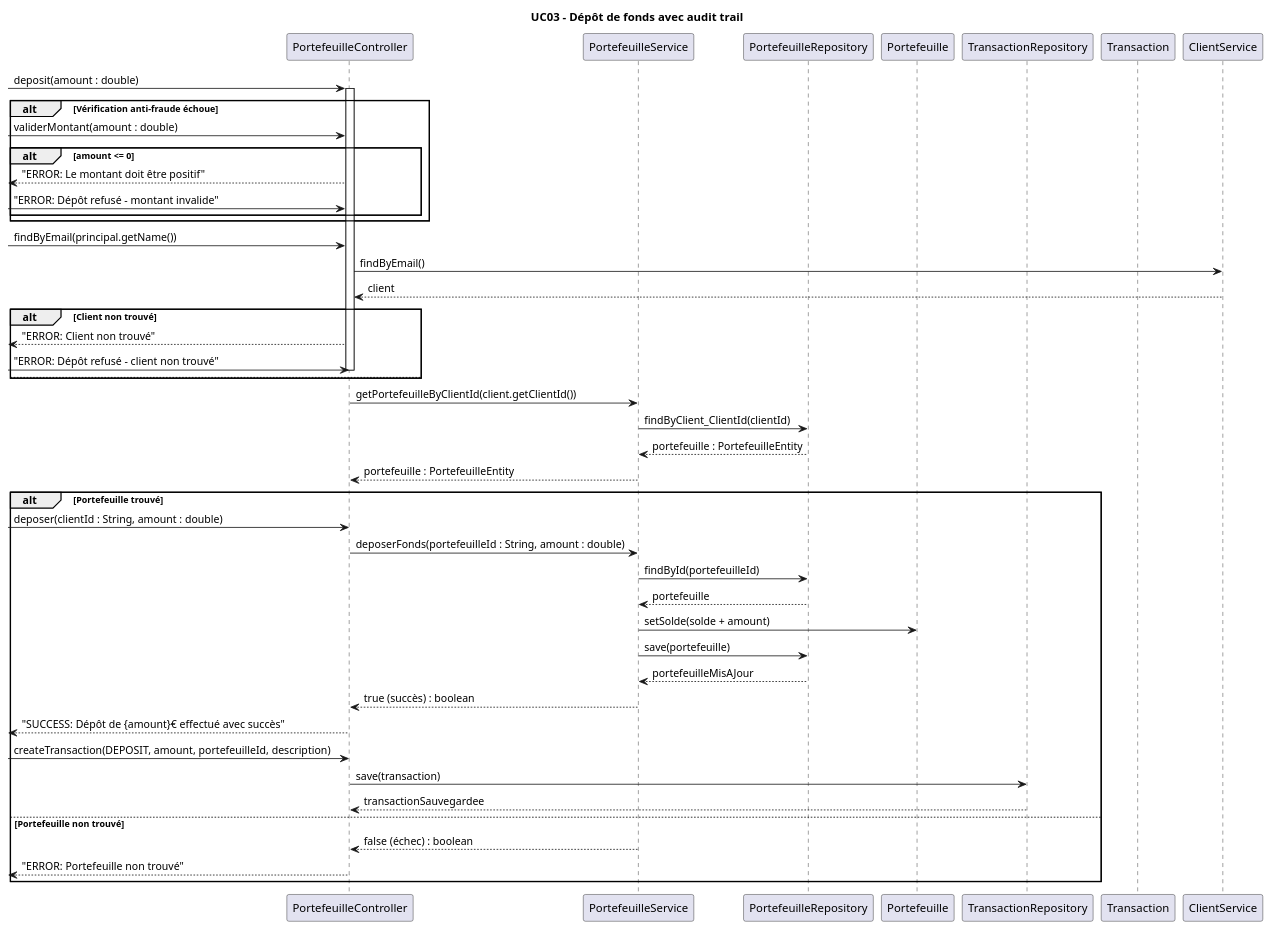
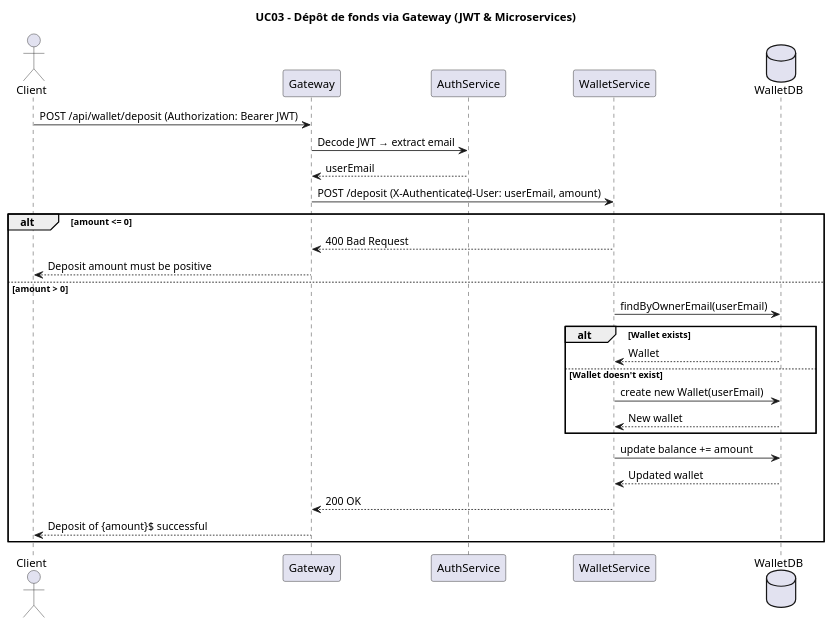
Before and after one commit to primika27/BrokerX-phase2-micorservices-: the diagram in docs/views/rdcu_uc03_depot_fonds.puml, drawn with PlantUML. The commit also changed 47 other files, not shown here.

Commit message:
functional order matching+ diagrams added

```diff
--- a/docs/views/rdcu_uc03_depot_fonds.puml
+++ b/docs/views/rdcu_uc03_depot_fonds.puml
@@ -1,62 +1,34 @@
-@startuml rdcu_uc03_depot_fonds
-title UC03 - Dépôt de fonds avec audit trail
+@startuml uc03_depot_fonds_gateway_jwt
+title UC03 - Dépôt de fonds via Gateway (JWT & Microservices)
 
-participant "PortefeuilleController" as Controller
-participant "PortefeuilleService" as Service
-participant "PortefeuilleRepository" as PortefeuilleRepo
-participant "Portefeuille" as PortefeuilleEntity
-participant "TransactionRepository" as TransactionRepo
-participant "Transaction" as TransactionEntity
-participant "ClientService" as ClientService
+actor Client
+participant "Gateway" as Gateway
+participant "AuthService" as AuthService
+participant "WalletService" as WalletService
+database "WalletDB"
 
--> Controller : deposit(amount : double)
-activate Controller
+Client -> Gateway : POST /api/wallet/deposit (Authorization: Bearer JWT)
+Gateway -> AuthService : Decode JWT → extract email
+AuthService --> Gateway : userEmail
 
-alt Vérification anti-fraude échoue
-    -> Controller : validerMontant(amount : double)
-    alt amount <= 0
-        <-- Controller : "ERROR: Le montant doit être positif"
-        -> Controller : "ERROR: Dépôt refusé - montant invalide"
+Gateway -> WalletService : POST /deposit (X-Authenticated-User: userEmail, amount)
+
+alt amount <= 0
+    WalletService --> Gateway : 400 Bad Request
+    Gateway --> Client :Deposit amount must be positive
+else amount > 0
+    WalletService -> WalletDB : findByOwnerEmail(userEmail)
+    alt Wallet exists
+        WalletDB --> WalletService : Wallet
+    else Wallet doesn't exist
+        WalletService -> WalletDB : create new Wallet(userEmail)
+        WalletDB --> WalletService : New wallet
     end
+
+    WalletService -> WalletDB : update balance += amount
+    WalletDB --> WalletService : Updated wallet
+
+    WalletService --> Gateway : 200 OK
+    Gateway --> Client : Deposit of {amount}$ successful
 end
-
--> Controller : findByEmail(principal.getName())
-Controller -> ClientService : findByEmail()
-ClientService --> Controller : client
-
-alt Client non trouvé
-    <-- Controller : "ERROR: Client non trouvé"
-    -> Controller : "ERROR: Dépôt refusé - client non trouvé"
-    deactivate Service
-    deactivate Controller
-else
-    ' client trouvé
-end
-
-Controller -> Service : getPortefeuilleByClientId(client.getClientId())
-Service -> PortefeuilleRepo : findByClient_ClientId(clientId)
-PortefeuilleRepo --> Service : portefeuille : PortefeuilleEntity
-Service --> Controller : portefeuille : PortefeuilleEntity
-
-alt Portefeuille trouvé
-    -> Controller : deposer(clientId : String, amount : double)
-    Controller -> Service : deposerFonds(portefeuilleId : String, amount : double)
-    Service -> PortefeuilleRepo : findById(portefeuilleId)
-    PortefeuilleRepo --> Service : portefeuille
-    Service -> PortefeuilleEntity : setSolde(solde + amount)
-    Service -> PortefeuilleRepo : save(portefeuille)
-    PortefeuilleRepo --> Service : portefeuilleMisAJour
-    Service --> Controller : true (succès) : boolean
-    <-- Controller : "SUCCESS: Dépôt de {amount}€ effectué avec succès"
-
-    -> Controller : createTransaction(DEPOSIT, amount, portefeuilleId, description)
-    Controller -> TransactionRepo : save(transaction)
-    TransactionRepo --> Controller : transactionSauvegardee
-else Portefeuille non trouvé
-    Service --> Controller : false (échec) : boolean
-    <-- Controller : "ERROR: Portefeuille non trouvé"
-end
-
-deactivate Service
-deactivate Controller
 @enduml
```
